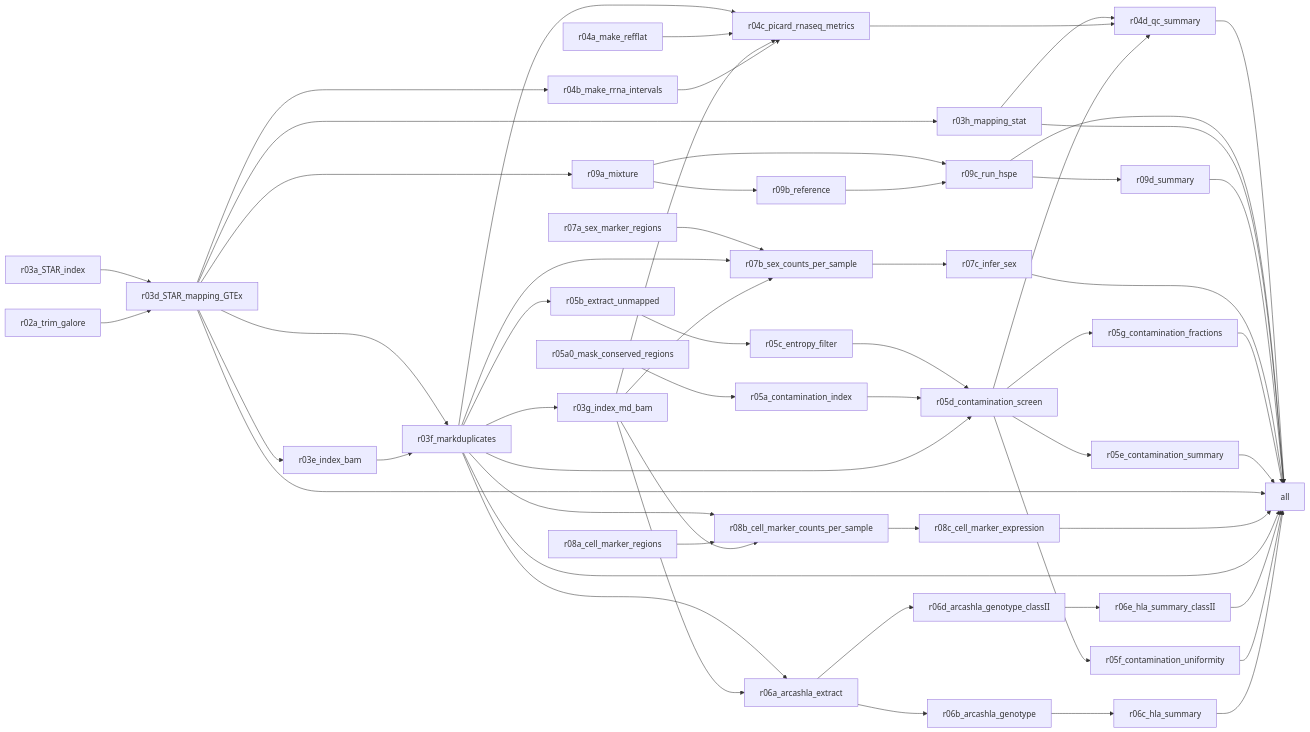
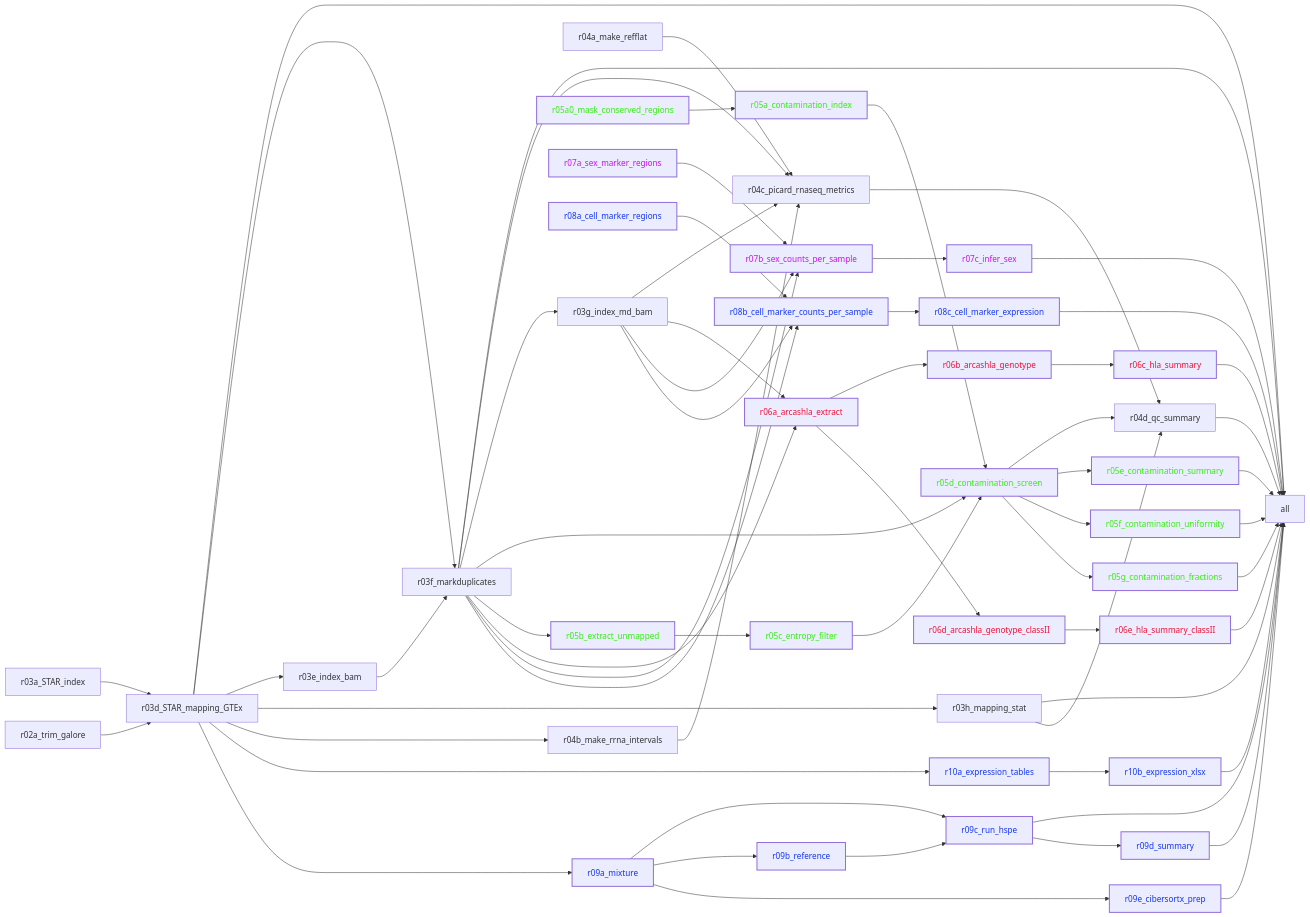
The second of 3 diagrams in README.md (nikolayquadrat/lpb-ex-ome-presession), drawn with Mermaid before and after one commit. The commit also changed other lines of this file, not shown here.

Commit message:
Update RNA-seq scheme

````diff
--- a/README.md
+++ b/README.md
@@ -272,6 +272,7 @@
 	id9[r03g_index_md_bam]
 	id10[r04a_make_refflat]
 	id11[r04b_make_rrna_intervals]
+
 	id12[r05d_contamination_screen]
 	id13[r05c_entropy_filter]
 	id14[r05b_extract_unmapped]
@@ -280,34 +281,74 @@
 	id17[r05e_contamination_summary]
 	id18[r05f_contamination_uniformity]
 	id19[r05g_contamination_fractions]
+	
 	id20[r06c_hla_summary]
 	id21[r06b_arcashla_genotype]
 	id22[r06a_arcashla_extract]
 	id23[r06e_hla_summary_classII]
 	id24[r06d_arcashla_genotype_classII]
+
 	id25[r07c_infer_sex]
 	id26[r07b_sex_counts_per_sample]
 	id27[r07a_sex_marker_regions]
+
 	id28[r08c_cell_marker_expression]
 	id29[r08b_cell_marker_counts_per_sample]
 	id30[r08a_cell_marker_regions]
-	id31[r09d_summary]
-	id32[r09c_run_hspe]
-	id33[r09b_reference]
-	id34[r09a_mixture]
+	id33[r09d_summary]
+	id34[r09c_run_hspe]
+	id35[r09b_reference]
+	id36[r09a_mixture]
+	id37[r09e_cibersortx_prep]
+
+	id31[r10b_expression_xlsx]
+	id32[r10a_expression_tables]
+
+	style id12 stroke-width:2px,color:#35ed12
+	style id13 stroke-width:2px,color:#35ed12
+	style id14 stroke-width:2px,color:#35ed12
+	style id15 stroke-width:2px,color:#35ed12
+	style id16 stroke-width:2px,color:#35ed12
+	style id17 stroke-width:2px,color:#35ed12
+	style id18 stroke-width:2px,color:#35ed12
+	style id19 stroke-width:2px,color:#35ed12
+
+	style id20 stroke-width:2px,color:#ed1235
+	style id21 stroke-width:2px,color:#ed1235
+	style id22 stroke-width:2px,color:#ed1235
+	style id23 stroke-width:2px,color:#ed1235
+	style id24 stroke-width:2px,color:#ed1235
+
+	style id25 stroke-width:2px,color:#ca12ed
+	style id26 stroke-width:2px,color:#ca12ed
+	style id27 stroke-width:2px,color:#ca12ed
+
+	style id28 stroke-width:2px,color:#1235ed
+	style id29 stroke-width:2px,color:#1235ed
+	style id30 stroke-width:2px,color:#1235ed
+	style id31 stroke-width:2px,color:#1235ed
+	style id32 stroke-width:2px,color:#1235ed
+	style id33 stroke-width:2px,color:#1235ed
+	style id34 stroke-width:2px,color:#1235ed
+	style id35 stroke-width:2px,color:#1235ed
+	style id36 stroke-width:2px,color:#1235ed
+	style id37 stroke-width:2px,color:#1235ed
+
+	id17 --> id0
+	id28 --> id0
+	id37 --> id0
+	id23 --> id0
+	id19 --> id0
+	id34 --> id0
+	id1 --> id0
+	id2 --> id0
 	id7 --> id0
-	id32 --> id0
+	id20 --> id0
+	id18 --> id0
 	id6 --> id0
+	id33 --> id0
 	id31 --> id0
 	id25 --> id0
-	id19 --> id0
-	id17 --> id0
-	id2 --> id0
-	id28 --> id0
-	id1 --> id0
-	id23 --> id0
-	id18 --> id0
-	id20 --> id0
 	id2 --> id1
 	id5 --> id1
 	id4 --> id2
@@ -317,15 +358,15 @@
 	id6 --> id7
 	id8 --> id7
 	id12 --> id7
+	id10 --> id8
 	id1 --> id8
-	id10 --> id8
+	id11 --> id8
 	id9 --> id8
-	id11 --> id8
 	id1 --> id9
 	id2 --> id11
-	id13 --> id12
 	id15 --> id12
 	id1 --> id12
+	id13 --> id12
 	id14 --> id13
 	id1 --> id14
 	id16 --> id15
@@ -339,16 +380,19 @@
 	id24 --> id23
 	id22 --> id24
 	id26 --> id25
+	id1 --> id26
 	id27 --> id26
-	id1 --> id26
 	id9 --> id26
 	id29 --> id28
 	id1 --> id29
 	id30 --> id29
 	id9 --> id29
 	id32 --> id31
-	id34 --> id32
-	id33 --> id32
+	id2 --> id32
 	id34 --> id33
-	id2 --> id34
+	id36 --> id34
+	id35 --> id34
+	id36 --> id35
+	id2 --> id36
+	id36 --> id37
 ```
````
